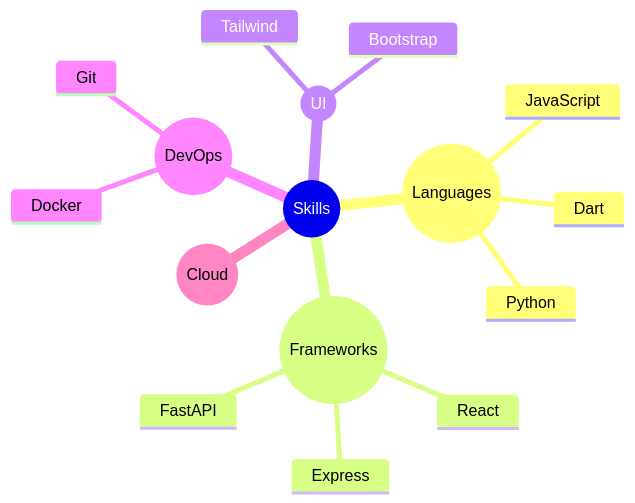
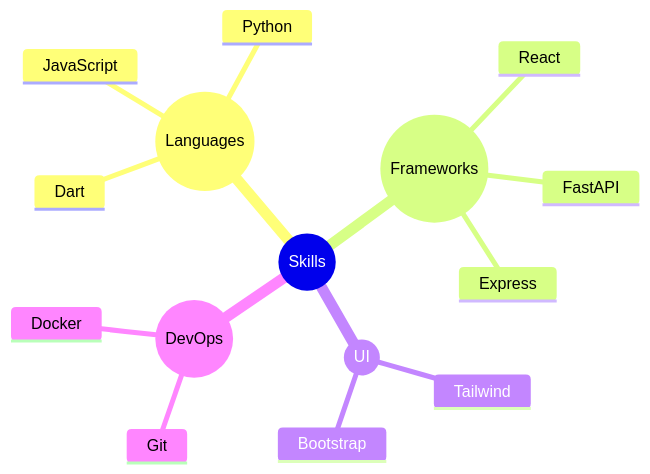
Before and after one commit to MisbahHaq/MisbahHaq: the diagram in README.md, drawn with Mermaid.

Commit message:
README.md

````diff
--- a/README.md
+++ b/README.md
@@ -14,19 +14,18 @@
 ```mermaid
 mindmap
   root((Skills))
     ((Languages))
       JavaScript
       Python
       Dart
     ((Frameworks))
       React
       FastAPI
       Express
     ((UI))
       Tailwind
       Bootstrap
     ((DevOps))
       Git
       Docker
-    ((Cloud))
 ```
````
